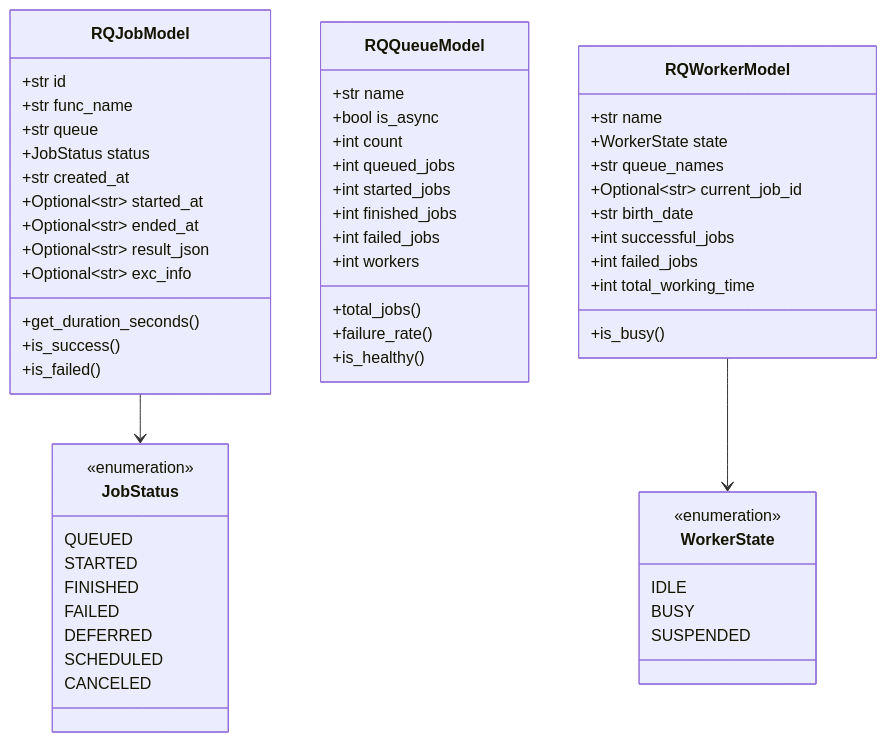
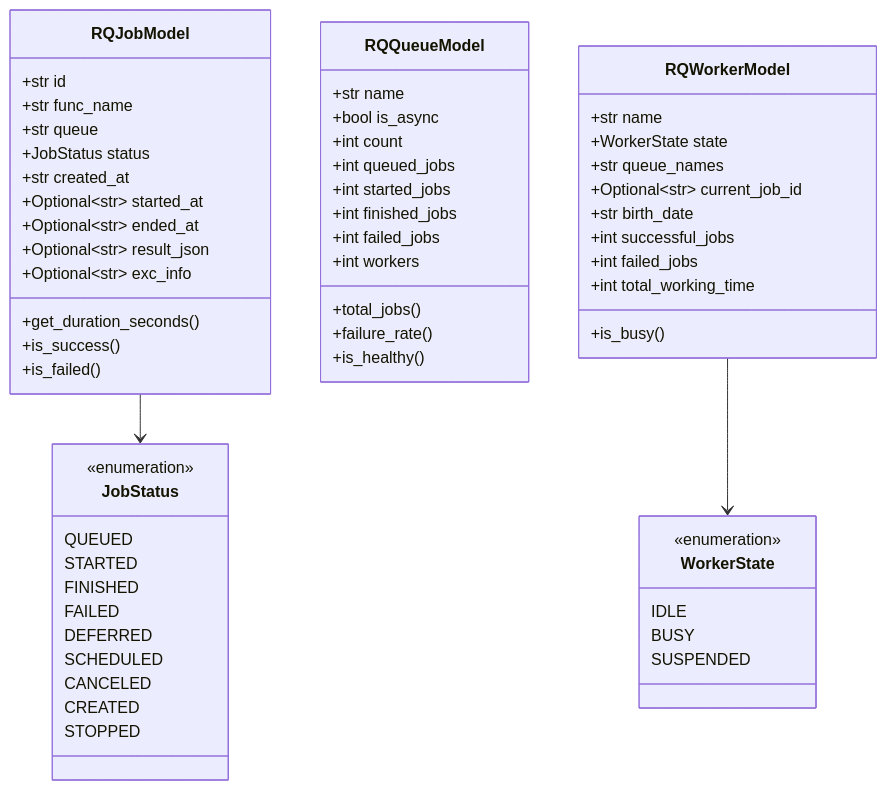
Before and after one commit to markolofsen/django-cfg: the tenth of 19 diagrams in docs/features/integrations/django-rq/architecture.mdx, drawn with Mermaid. The commit also changed other lines of this file and 22 other files, not shown here.

````diff
--- a/docs/features/integrations/django-rq/architecture.mdx
+++ b/docs/features/integrations/django-rq/architecture.mdx
@@ -420,64 +420,66 @@
 ```mermaid
 classDiagram
     class RQJobModel {
         +str id
         +str func_name
         +str queue
         +JobStatus status
         +str created_at
         +Optional~str~ started_at
         +Optional~str~ ended_at
         +Optional~str~ result_json
         +Optional~str~ exc_info
         +get_duration_seconds()
         +is_success()
         +is_failed()
     }
 
     class RQQueueModel {
         +str name
         +bool is_async
         +int count
         +int queued_jobs
         +int started_jobs
         +int finished_jobs
         +int failed_jobs
         +int workers
         +total_jobs()
         +failure_rate()
         +is_healthy()
     }
 
     class RQWorkerModel {
         +str name
         +WorkerState state
         +str queue_names
         +Optional~str~ current_job_id
         +str birth_date
         +int successful_jobs
         +int failed_jobs
         +int total_working_time
         +is_busy()
     }
 
     class JobStatus {
         <<enumeration>>
         QUEUED
         STARTED
         FINISHED
         FAILED
         DEFERRED
         SCHEDULED
         CANCELED
+        CREATED
+        STOPPED
     }
 
     class WorkerState {
         <<enumeration>>
         IDLE
         BUSY
         SUSPENDED
     }
 
     RQJobModel --> JobStatus
     RQWorkerModel --> WorkerState
 ```
````
